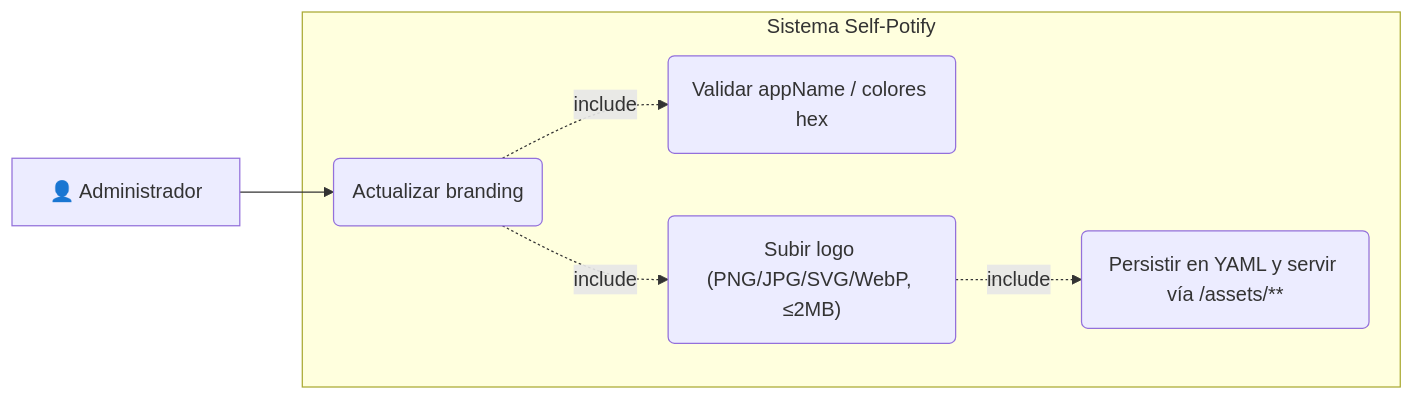
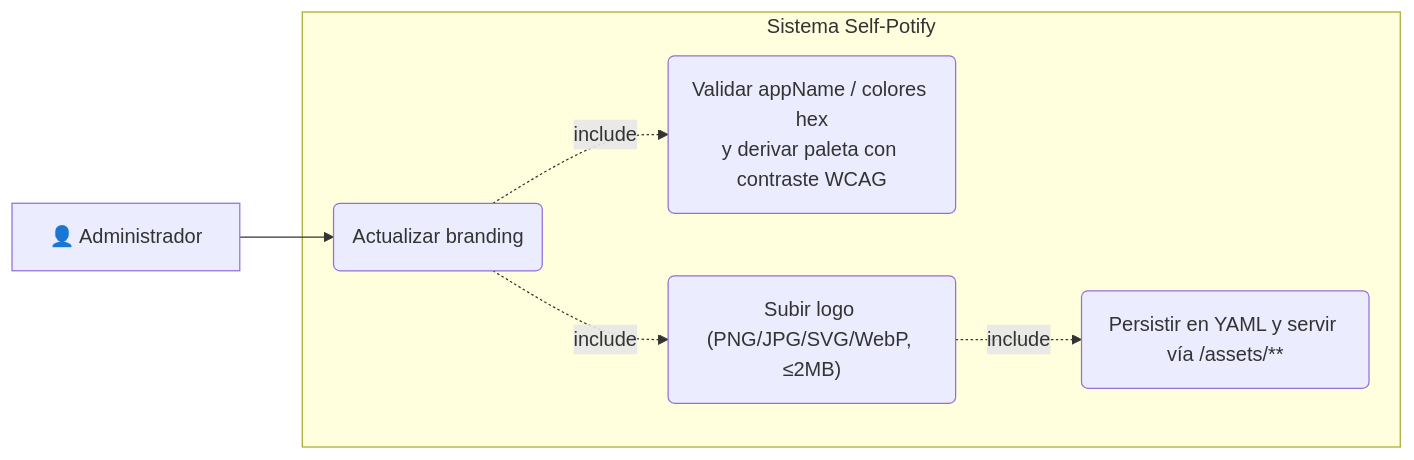
One commit to conguchu/selfpotify changed diagram 20 of 29 in README.md. Above: the diagram before and after it, drawn with Mermaid. The commit also changed other lines of this file, not shown here.

Commit message:
(doc) panel admin: documentar el selector de colores accesible (presets, paleta WCAG y red de seguridad)

````diff
--- a/README.md
+++ b/README.md
@@ -945,16 +947,16 @@
 ```mermaid
 graph LR
     Admin["👤 Administrador"]
 
     subgraph Sistema Self-Potify
         UC8("Actualizar branding")
-        UC8a("Validar appName / colores hex")
+        UC8a("Validar appName / colores hex<br/>y derivar paleta con contraste WCAG")
         UC8b("Subir logo (PNG/JPG/SVG/WebP, ≤2MB)")
         UC8c("Persistir en YAML y servir vía /assets/**")
     end
 
     Admin --> UC8
     UC8 -.->|include| UC8a
     UC8 -.->|include| UC8b
     UC8b -.->|include| UC8c
 ```
````
